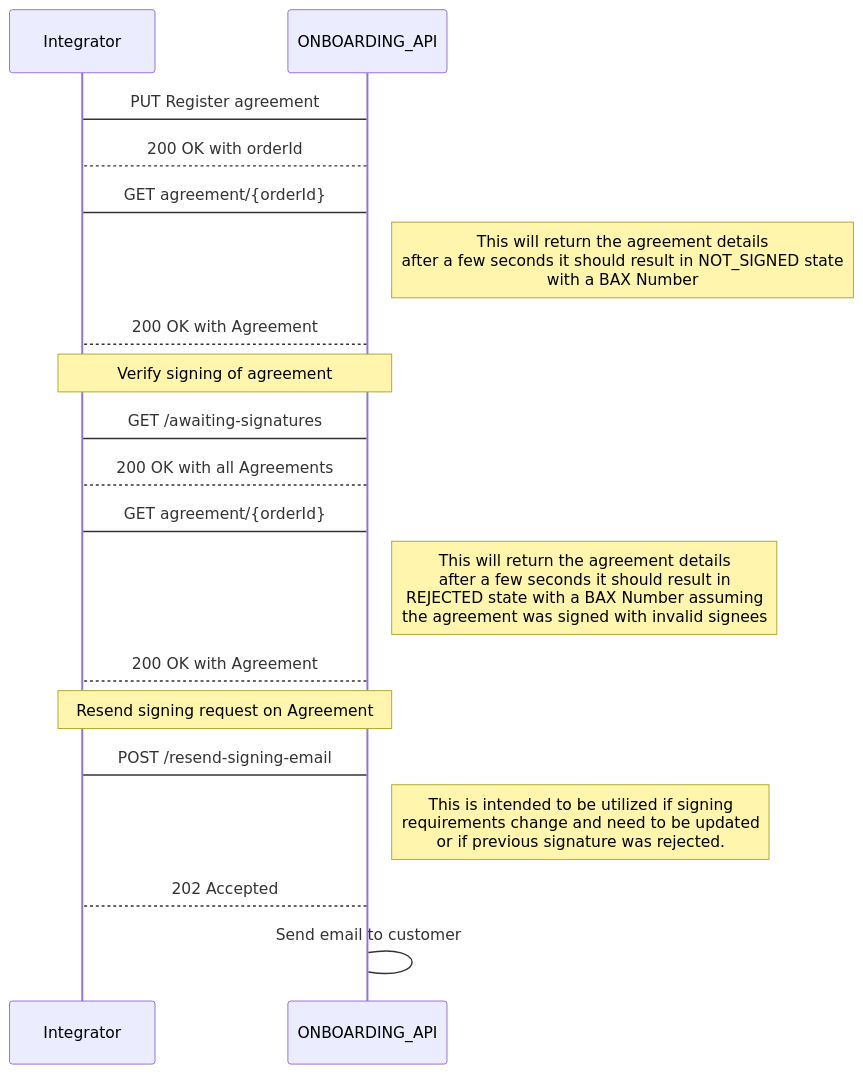
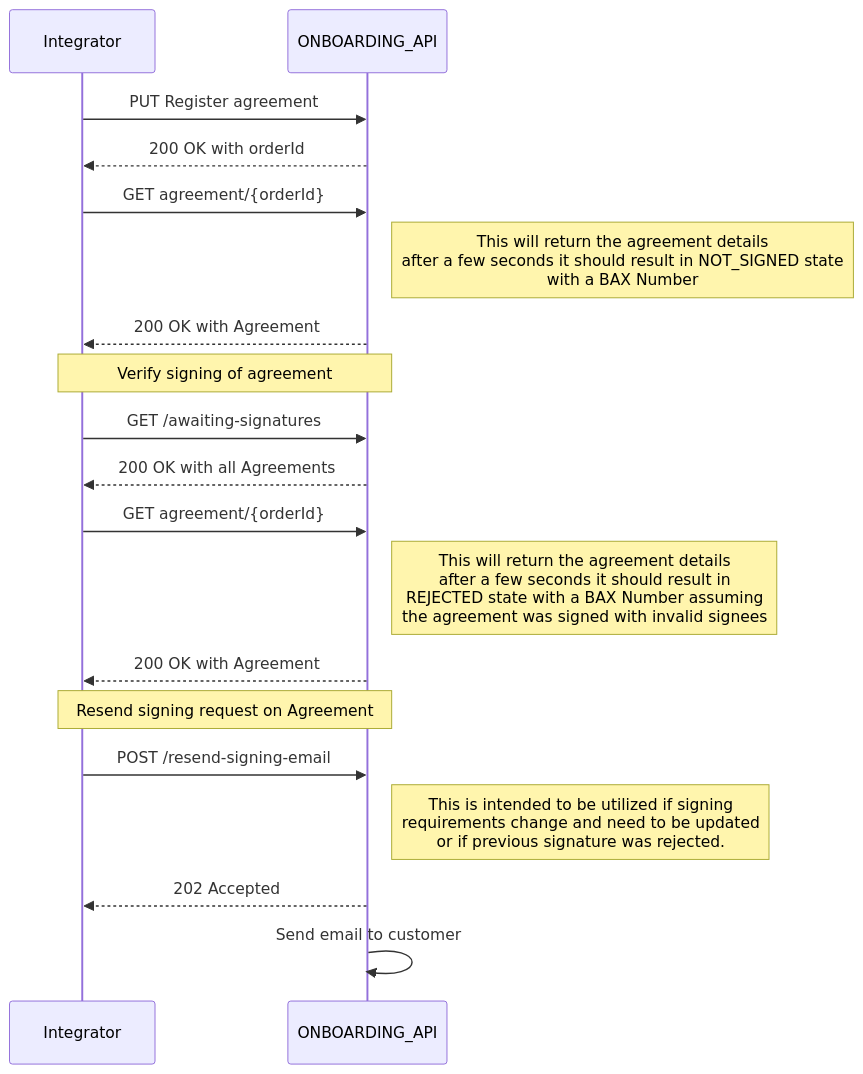
One commit to BankAxept/bankaxept-onboarding-external-documentation changed the second of 5 diagrams in docs/getting_started.md. Above: the diagram before and after it, drawn with Mermaid. The commit also changed other lines of this file, not shown here.

Commit message:
upgrade mermaid diagrams

````diff
--- a/docs/getting_started.md
+++ b/docs/getting_started.md
@@ -41,25 +41,25 @@
 ```mermaid
 sequenceDiagram
-participant Integrator
-participant ONBOARDING_API
+participant I as Integrator
+participant O as ONBOARDING_API
 
-Integrator -> ONBOARDING_API: PUT Register agreement
-ONBOARDING_API --> Integrator: 200 OK with orderId
+I ->> O: PUT Register agreement
+O -->> I: 200 OK with orderId
 
-Integrator -> ONBOARDING_API : GET agreement/{orderId}
-note right of ONBOARDING_API: This will return the agreement details <br/> after a few seconds it should result in NOT_SIGNED state <br/> with a BAX Number
-ONBOARDING_API --> Integrator: 200 OK with Agreement
-note over Integrator, ONBOARDING_API: Verify signing of agreement
-Integrator -> ONBOARDING_API: GET /awaiting-signatures
-ONBOARDING_API --> Integrator: 200 OK with all Agreements
-Integrator -> ONBOARDING_API : GET agreement/{orderId}
-note right of ONBOARDING_API: This will return the agreement details <br/> after a few seconds it should result in <br/> REJECTED state with a BAX Number assuming <br/> the agreement was signed with invalid signees
-ONBOARDING_API --> Integrator: 200 OK with Agreement
+I ->> O : GET agreement/{orderId}
+note right of O: This will return the agreement details <br/> after a few seconds it should result in NOT_SIGNED state <br/> with a BAX Number
+O -->> I: 200 OK with Agreement
+note over I, O: Verify signing of agreement
+I ->> O: GET /awaiting-signatures
+O -->> I: 200 OK with all Agreements
+I ->> O : GET agreement/{orderId}
+note right of O: This will return the agreement details <br/> after a few seconds it should result in <br/> REJECTED state with a BAX Number assuming <br/> the agreement was signed with invalid signees
+O -->> I: 200 OK with Agreement
 
-note over Integrator, ONBOARDING_API: Resend signing request on Agreement
-Integrator -> ONBOARDING_API: POST /resend-signing-email
-note right of ONBOARDING_API: This is intended to be utilized if signing <br/> requirements change and need to be updated <br/> or if previous signature was rejected.
+note over I, O: Resend signing request on Agreement
+I ->> O: POST /resend-signing-email
+note right of O: This is intended to be utilized if signing <br/> requirements change and need to be updated <br/> or if previous signature was rejected.
 
-ONBOARDING_API --> Integrator: 202 Accepted
-ONBOARDING_API -> ONBOARDING_API: Send email to customer
+O -->> I: 202 Accepted
+O ->> O: Send email to customer
 ```
````
